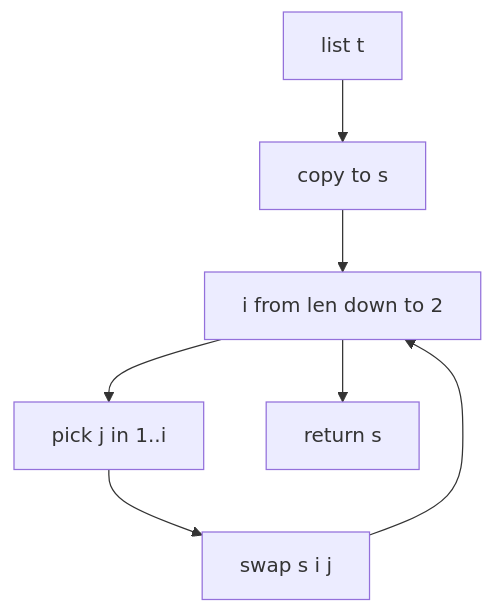
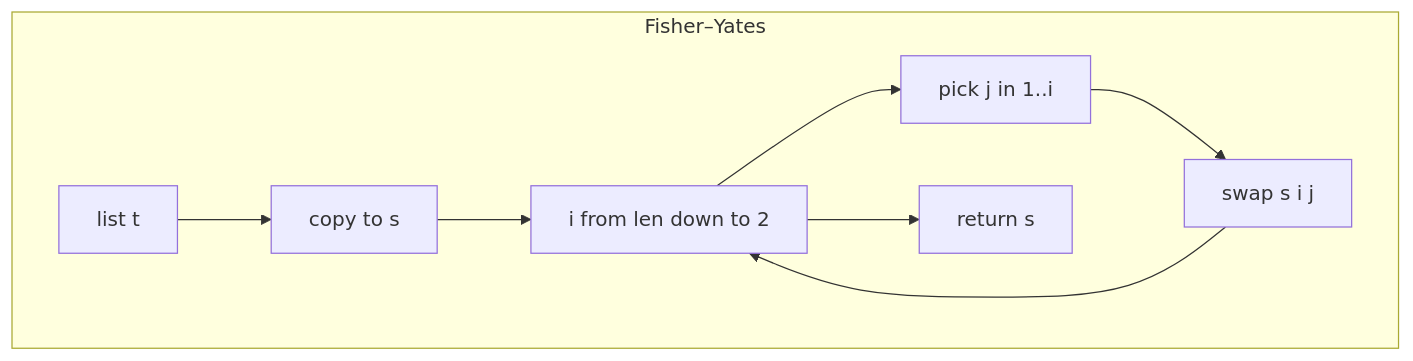
The second of 3 diagrams in docs/utils/randomization_and_rng.md (Gh0st352/AETHR), drawn with Mermaid before and after one commit. The commit also changed other lines of this file and 7 other files, not shown here.

First line of the commit message:
docs(utils, mermaid): normalize diagrams, restructure subgraphs and standardize classes

````diff
--- a/docs/utils/randomization_and_rng.md
+++ b/docs/utils/randomization_and_rng.md
@@ -37,9 +38,18 @@
 ```mermaid
+%% shared theme: docs/_mermaid/theme.json %%
 flowchart TD
+subgraph "Fisher–Yates"
   IN[list t] --> COPY[copy to s]
   COPY --> LOOP[i from len down to 2]
   LOOP --> PICK[pick j in 1..i]
   PICK --> SWAP[swap s i j]
   SWAP --> LOOP
   LOOP --> OUT[return s]
+end
+
+class IN class_io;
+class COPY,SWAP class_compute;
+class LOOP class_step;
+class PICK class_compute;
+class OUT class_result;
 ```
````
